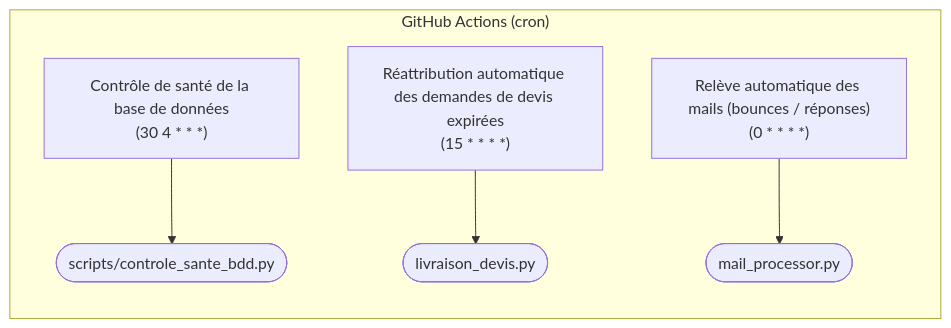
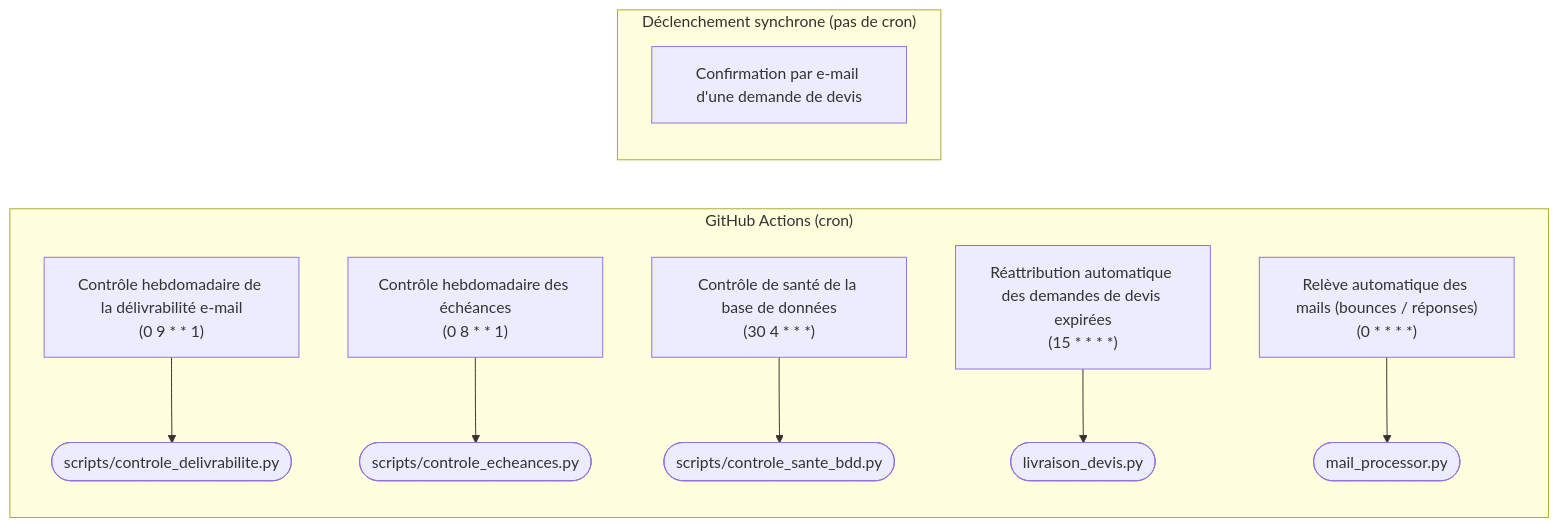
One commit to contactmonagenceiapro-sudo/leads-creator changed the second of 3 diagrams in docs/architecture_globale.md. Above: the diagram before and after it, drawn with Mermaid. The commit also changed other lines of this file and 5 other files, not shown here.

First line of the commit message:
feat: ajoute le module 7 (qualité/délivrabilité e-mail) de pilotage

````diff
--- a/docs/architecture_globale.md
+++ b/docs/architecture_globale.md
@@ -351,8 +384,13 @@
 ```mermaid
 flowchart LR
     subgraph CRON["GitHub Actions (cron)"]
+        controle_delivrabilite_yml["Contrôle hebdomadaire de la délivrabilité e-mail<br/>(0 9 * * 1)"] --> controle_delivrabilite_yml_script(["scripts/controle_delivrabilite.py"])
+        controle_echeances_yml["Contrôle hebdomadaire des échéances<br/>(0 8 * * 1)"] --> controle_echeances_yml_script(["scripts/controle_echeances.py"])
         controle_sante_bdd_yml["Contrôle de santé de la base de données<br/>(30 4 * * *)"] --> controle_sante_bdd_yml_script(["scripts/controle_sante_bdd.py"])
         livraison_devis_yml["Réattribution automatique des demandes de devis expirées<br/>(15 * * * *)"] --> livraison_devis_yml_script(["livraison_devis.py"])
         mail_check_yml["Relève automatique des mails (bounces / réponses)<br/>(0 * * * *)"] --> mail_check_yml_script(["mail_processor.py"])
     end
+    subgraph SYNC["Déclenchement synchrone (pas de cron)"]
+        sync_0["Confirmation par e-mail d'une demande de devis"]
+    end
 ```
````
